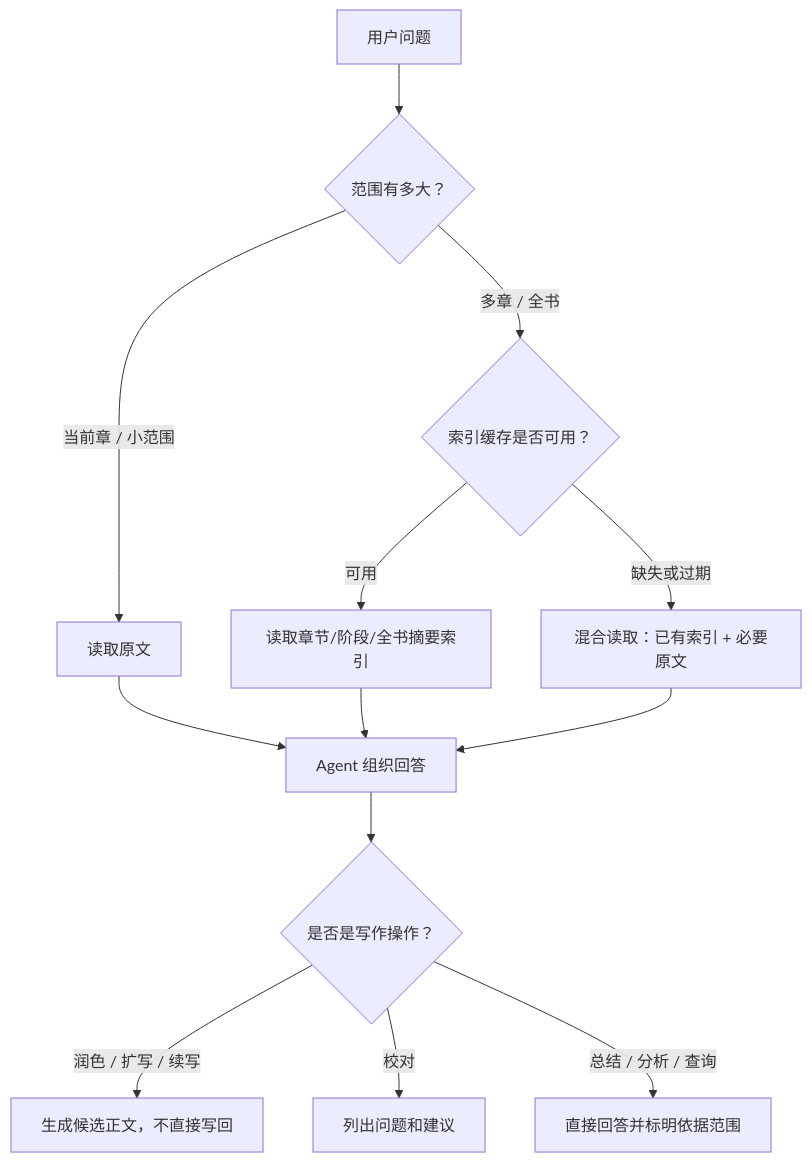
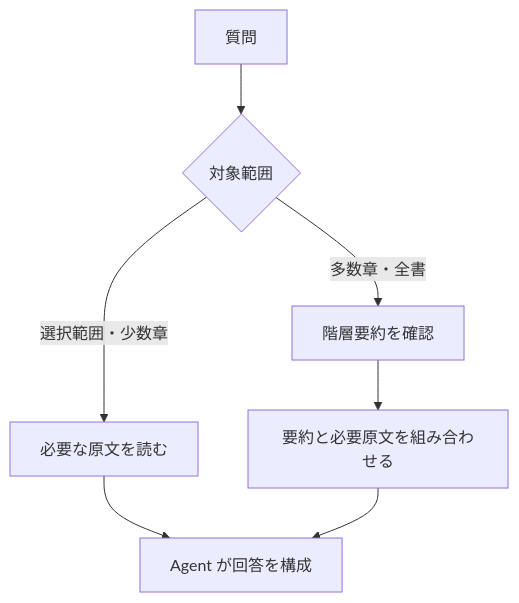
Before and after one commit to ver033/novel_tool: the second of 2 diagrams in README.md, drawn with Mermaid. The commit also changed other lines of this file and 147 other files, not shown here.

````diff
--- a/README.md
+++ b/README.md
@@ -179,15 +123,9 @@
 ```mermaid
 flowchart TB
-  Q["用户问题"] --> S{"范围有多大？"}
-  S -->|"当前章 / 小范围"| R["读取原文"]
-  S -->|"多章 / 全书"| C{"索引缓存是否可用？"}
-  C -->|"可用"| I["读取章节/阶段/全书摘要索引"]
-  C -->|"缺失或过期"| H["混合读取：已有索引 + 必要原文"]
-  R --> A["Agent 组织回答"]
-  I --> A
-  H --> A
-  A --> W{"是否是写作操作？"}
-  W -->|"润色 / 扩写 / 续写"| O["生成候选正文，不直接写回"]
-  W -->|"校对"| P["列出问题和建议"]
-  W -->|"总结 / 分析 / 查询"| N["直接回答并标明依据范围"]
+  Q["質問"] --> S{"対象範囲"}
+  S -->|"選択範囲・少数章"| O["必要な原文を読む"]
+  S -->|"多数章・全書"| H["階層要約を確認"]
+  H --> M["要約と必要原文を組み合わせる"]
+  O --> A["Agent が回答を構成"]
+  M --> A
 ```
````
